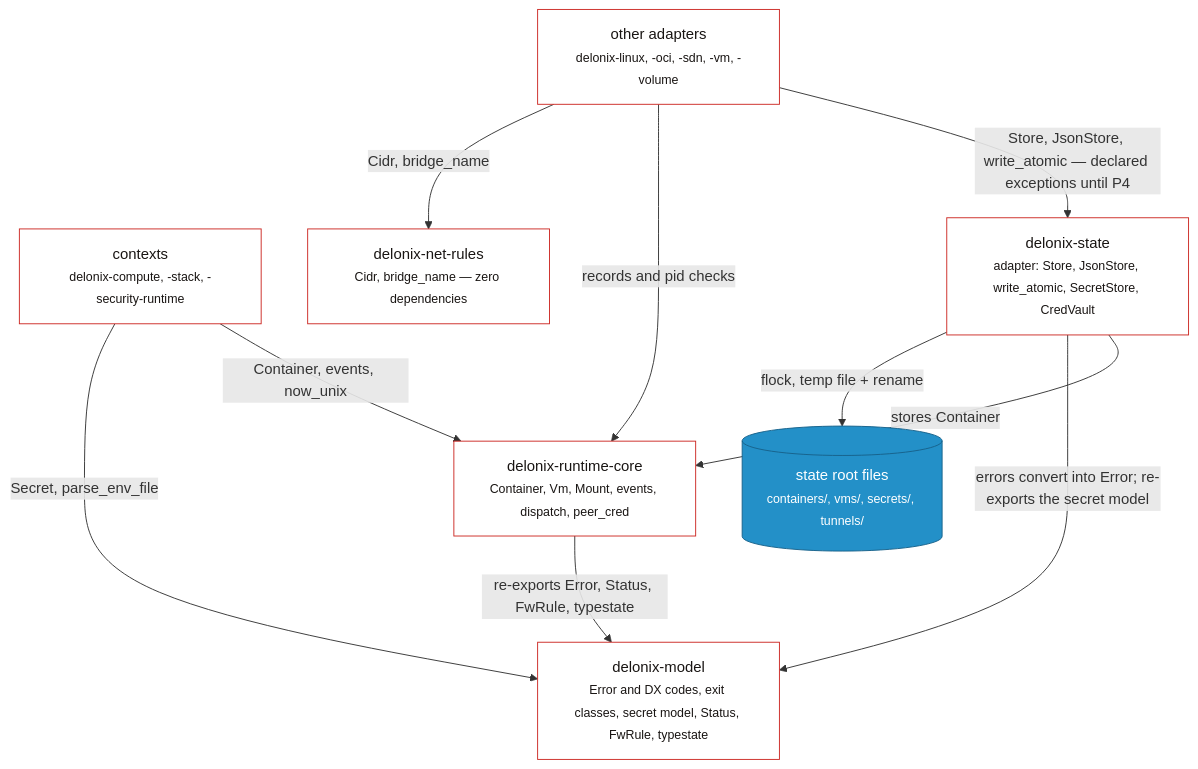
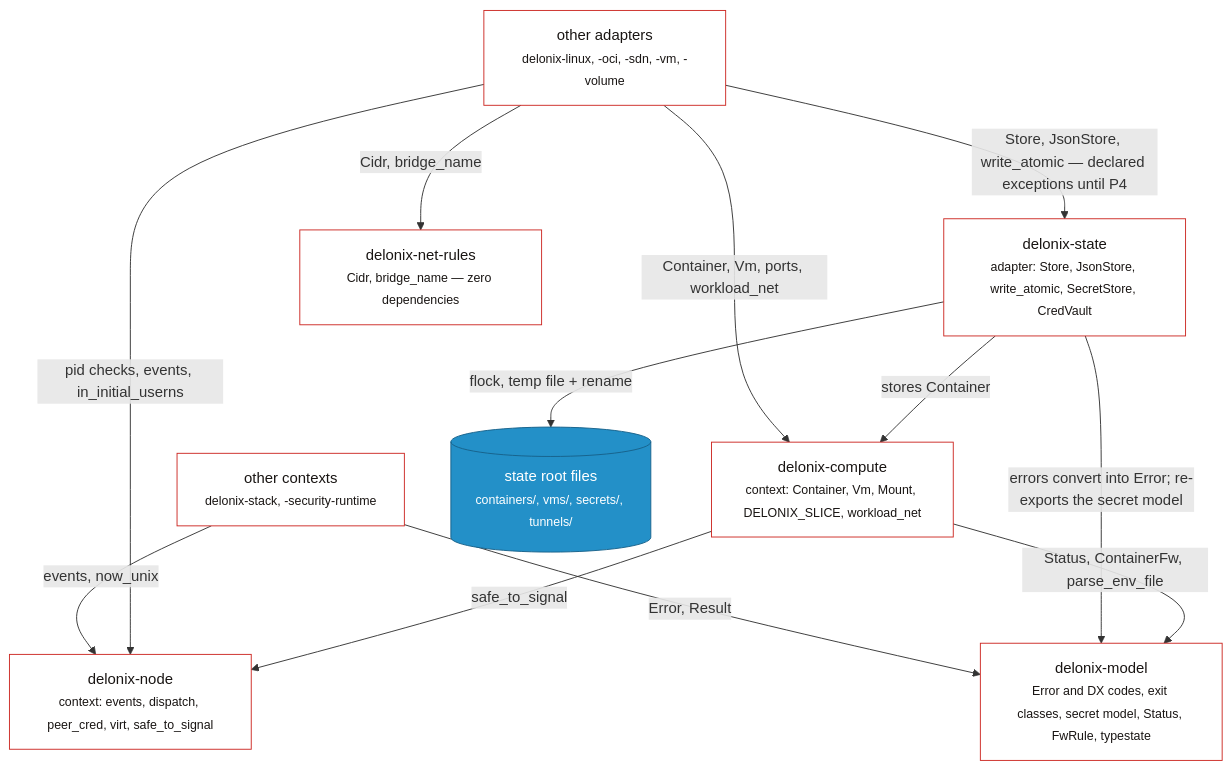
One commit to angolardevops/delonix-runtime changed the sixth of 11 diagrams in docs/dev/architecture.md. Above: the diagram before and after it, drawn with Mermaid. The commit also changed other lines of this file and 15 other files, not shown here.

First line of the commit message:
docs(dev): o manual segue o #406 — o delonix-runtime-core deixa de existir

````diff
--- a/docs/dev/architecture.md
+++ b/docs/dev/architecture.md
@@ -484,26 +490,29 @@
 ```mermaid
 flowchart TB
-  CX["contexts<br/><small>delonix-compute, -stack, -security-runtime</small>"]
+  CX["other contexts<br/><small>delonix-stack, -security-runtime</small>"]
   AD["other adapters<br/><small>delonix-linux, -oci, -sdn, -vm, -volume</small>"]
   STATE["delonix-state<br/><small>adapter: Store, JsonStore, write_atomic, SecretStore, CredVault</small>"]
-  CORE["delonix-runtime-core<br/><small>Container, Vm, Mount, events, dispatch, peer_cred</small>"]
+  COMPUTE["delonix-compute<br/><small>context: Container, Vm, Mount, DELONIX_SLICE, workload_net</small>"]
+  NODE["delonix-node<br/><small>context: events, dispatch, peer_cred, virt, safe_to_signal</small>"]
   MODEL["delonix-model<br/><small>Error and DX codes, exit classes, secret model, Status, FwRule, typestate</small>"]
   NR["delonix-net-rules<br/><small>Cidr, bridge_name — zero dependencies</small>"]
   FILES[("state root files<br/><small>containers/, vms/, secrets/, tunnels/</small>")]
-  CX -->|"Container, events, now_unix"| CORE
-  CX -->|"Secret, parse_env_file"| MODEL
+  CX -->|"events, now_unix"| NODE
+  CX -->|"Error, Result"| MODEL
   AD -->|"Store, JsonStore, write_atomic — declared exceptions until P4"| STATE
-  AD -->|"records and pid checks"| CORE
+  AD -->|"Container, Vm, ports, workload_net"| COMPUTE
+  AD -->|"pid checks, events, in_initial_userns"| NODE
   AD -->|"Cidr, bridge_name"| NR
-  STATE -->|"stores Container"| CORE
+  STATE -->|"stores Container"| COMPUTE
   STATE -->|"errors convert into Error; re-exports the secret model"| MODEL
-  CORE -->|"re-exports Error, Status, FwRule, typestate"| MODEL
+  COMPUTE -->|"safe_to_signal"| NODE
+  COMPUTE -->|"Status, ContainerFw, parse_env_file"| MODEL
   STATE -->|"flock, temp file + rename"| FILES
-  class CX,AD,STATE,CORE,MODEL,NR block
+  class CX,AD,STATE,COMPUTE,NODE,MODEL,NR block
   class FILES store
 classDef person fill:#191513,stroke:#191513,color:#ffffff
 classDef engine fill:#cc2823,stroke:#8f1b17,color:#ffffff
 classDef block fill:#ffffff,stroke:#cc2823,color:#191513
 classDef external fill:#e1ddda,stroke:#8a817c,color:#191513
 classDef store fill:#2390c8,stroke:#17618a,color:#ffffff
 ```
````
